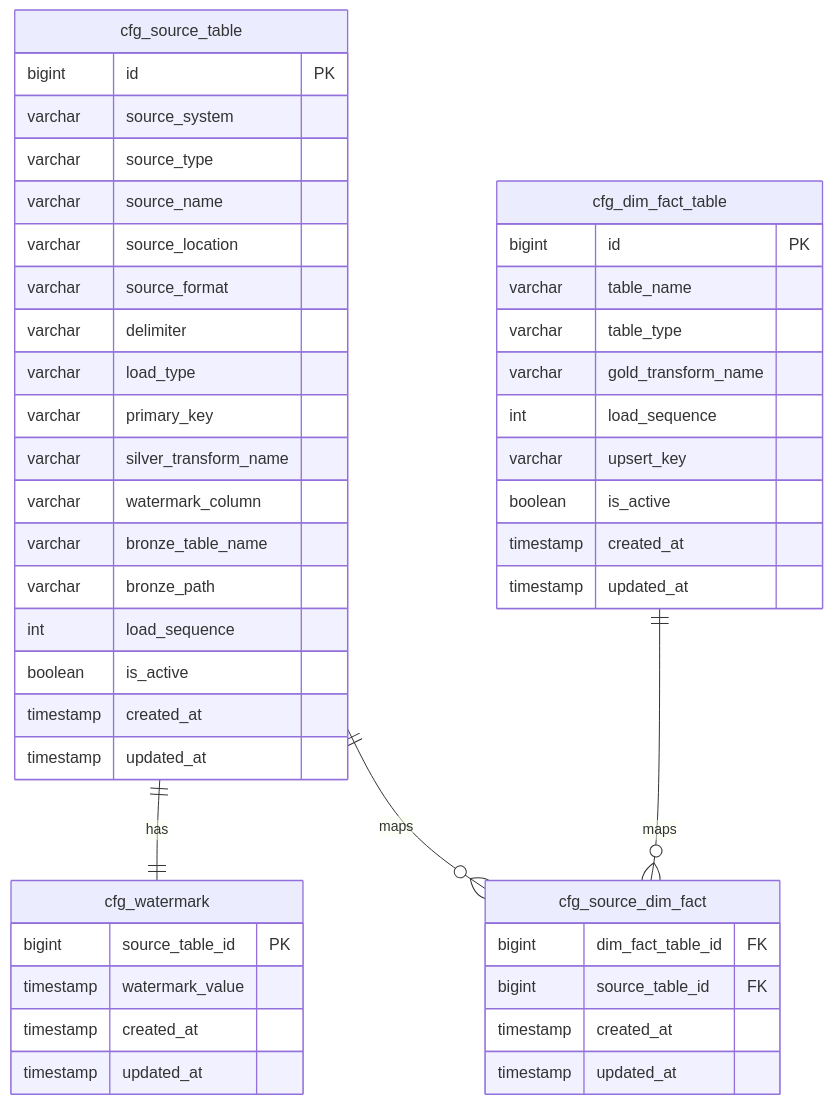
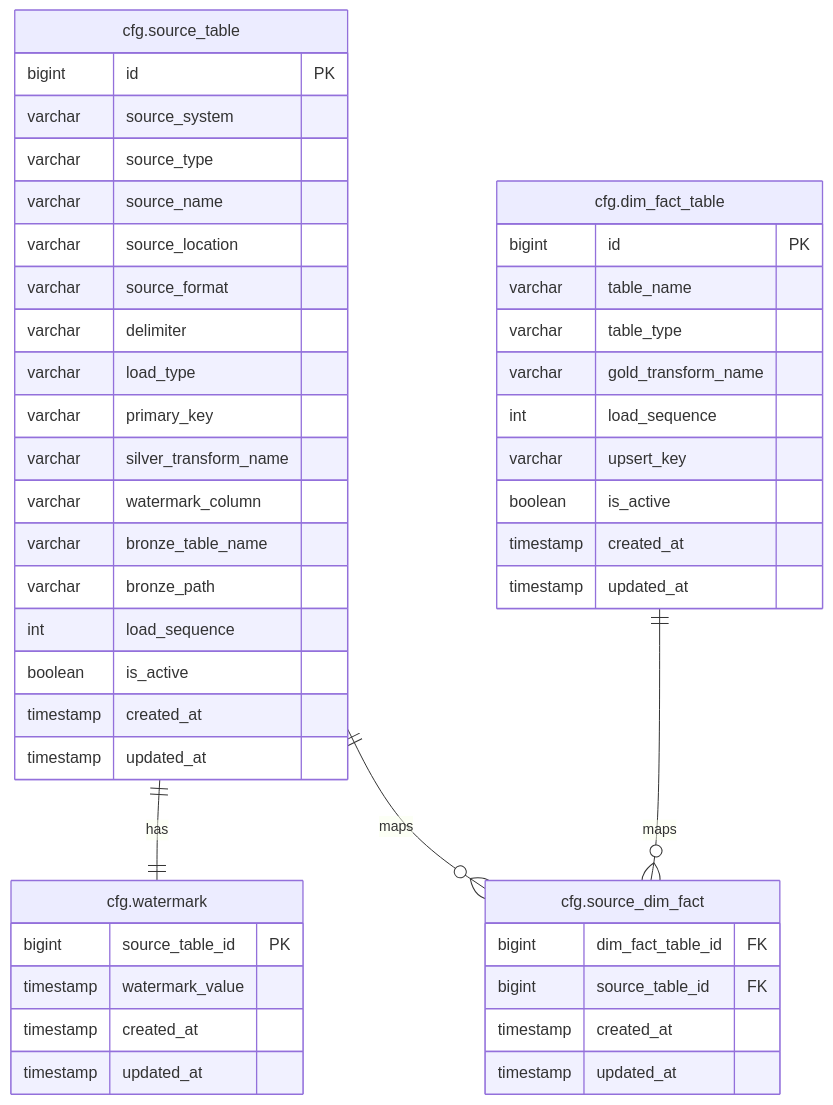
Before and after one commit to anhtnt90dev/rookies-data-dn-2026: the first of 2 diagrams in docs/architecture/team-1/data-workflow-control-strategy.md, drawn with Mermaid. The commit also changed other lines of this file, not shown here.

Commit message:
docs: update diagram table names to match table definitions

````diff
--- a/docs/architecture/team-1/data-workflow-control-strategy.md
+++ b/docs/architecture/team-1/data-workflow-control-strategy.md
@@ -7,52 +7,52 @@
 ```mermaid
 erDiagram
-    cfg_source_table ||--|| cfg_watermark : has
-    cfg_source_table ||--o{ cfg_source_dim_fact : maps
-    cfg_dim_fact_table ||--o{ cfg_source_dim_fact : maps
+    cfg.source_table ||--|| cfg.watermark : has
+    cfg.source_table ||--o{ cfg.source_dim_fact : maps
+    cfg.dim_fact_table ||--o{ cfg.source_dim_fact : maps
 
-    cfg_source_table {
+    cfg.source_table {
         bigint id PK
         varchar source_system
         varchar source_type
         varchar source_name
         varchar source_location
         varchar source_format
         varchar delimiter
         varchar load_type
         varchar primary_key
         varchar silver_transform_name
         varchar watermark_column
         varchar bronze_table_name
         varchar bronze_path
         int load_sequence
         boolean is_active
         timestamp created_at
         timestamp updated_at
     }
 
-    cfg_dim_fact_table {
+    cfg.dim_fact_table {
         bigint id PK
         varchar table_name
         varchar table_type
         varchar gold_transform_name
         int load_sequence
         varchar upsert_key
         boolean is_active
         timestamp created_at
         timestamp updated_at
     }
 
-    cfg_watermark {
+    cfg.watermark {
         bigint source_table_id PK
         timestamp watermark_value
         timestamp created_at
         timestamp updated_at
     }
 
-    cfg_source_dim_fact {
+    cfg.source_dim_fact {
         bigint dim_fact_table_id FK
         bigint source_table_id FK
         timestamp created_at
         timestamp updated_at
     }
 ```
````
